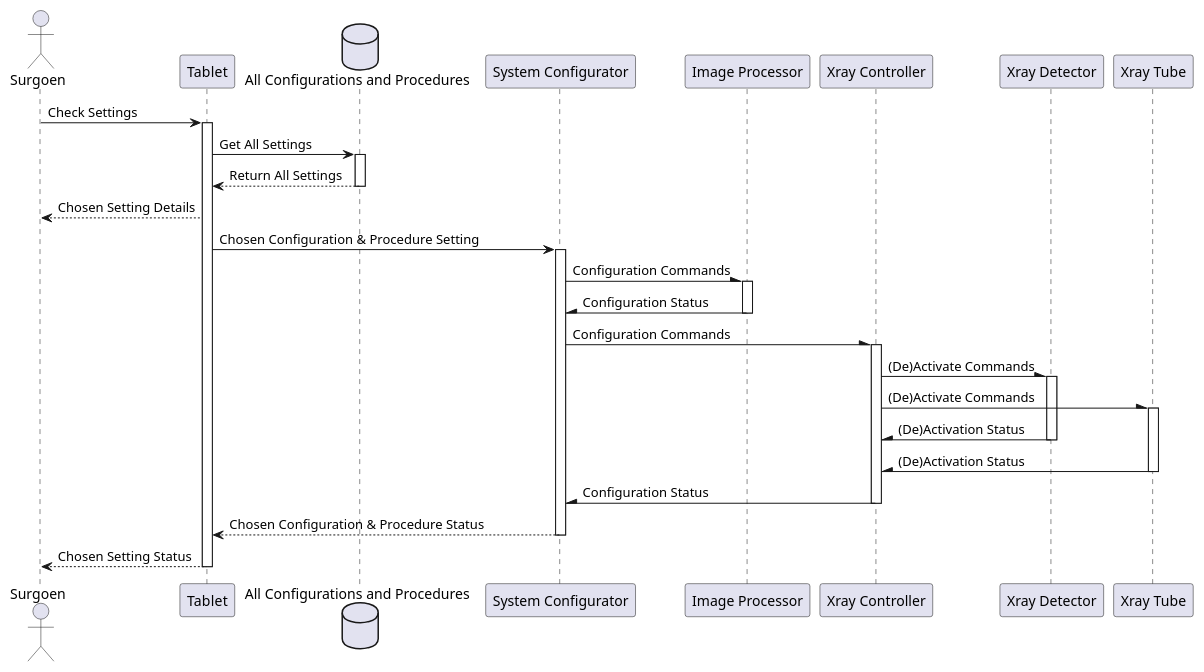
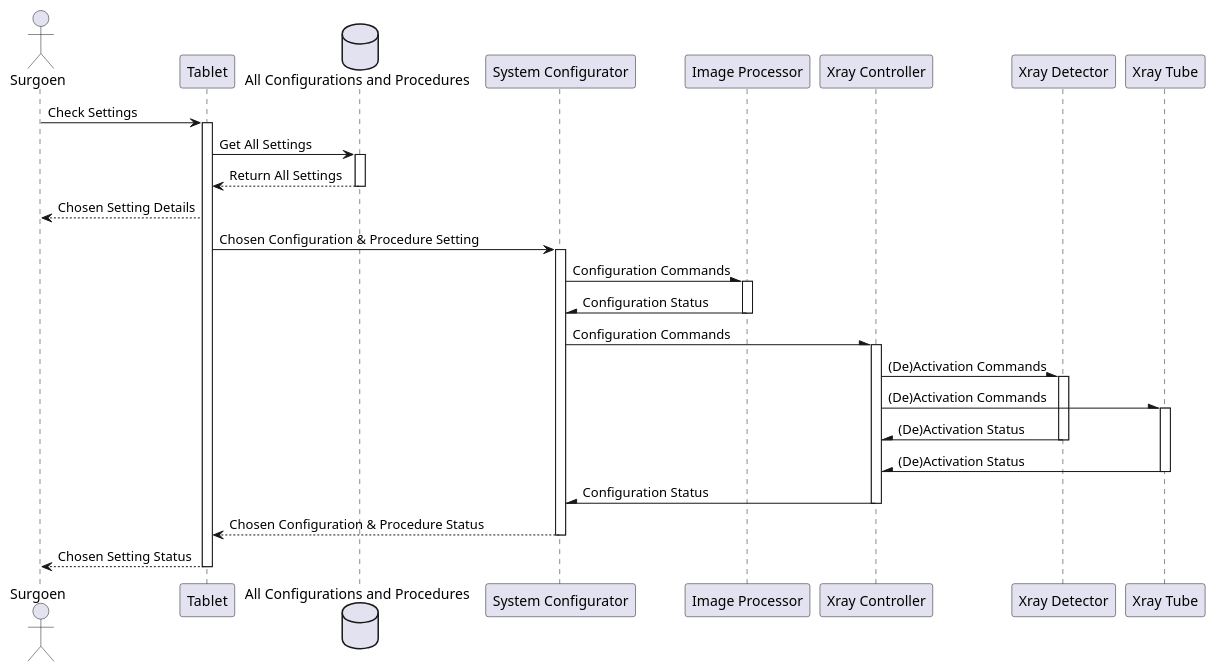
Before and after one commit to JCLLi/Software-System-Traning: the diagram in sequence-config/src.puml, drawn with PlantUML. The commit also changed 1 other file, not shown here.

Commit message:
Sequence graph 1

```diff
--- a/sequence-config/src.puml
+++ b/sequence-config/src.puml
@@ -1,49 +1,49 @@
 @startuml
 actor "Surgoen" as doctor
 participant "Tablet" as tablet
 database "All Configurations and Procedures" as database
 participant "System Configurator" as configurator
 participant "Image Processor" as processor
 participant "Xray Controller" as controller
 participant "Xray Detector" as detector
 participant "Xray Tube" as tube
 
 doctor -> tablet : Check Settings
 activate tablet
 
 tablet -> database : Get All Settings
 activate database
 database --> tablet : Return All Settings
 deactivate database
 
 tablet --> doctor : Chosen Setting Details
 tablet -> configurator : Chosen Configuration & Procedure Setting
 activate configurator
 
 configurator -\ processor : Configuration Commands
 activate processor
 processor -\ configurator : Configuration Status
 deactivate processor
 
 configurator -\ controller : Configuration Commands
 activate controller
 
-controller -\ detector : (De)Activate Commands
+controller -\ detector : (De)Activation Commands
 activate detector
-controller -\ tube : (De)Activate Commands
+controller -\ tube : (De)Activation Commands
 activate tube
 detector -\ controller : (De)Activation Status
 deactivate detector
 tube -\ controller : (De)Activation Status
 deactivate tube
 controller -\ configurator : Configuration Status
 deactivate controller
 configurator --> tablet : Chosen Configuration & Procedure Status
 deactivate configurator
 tablet --> doctor : Chosen Setting Status
 deactivate tablet
 
 
 
 
 @enduml
```
